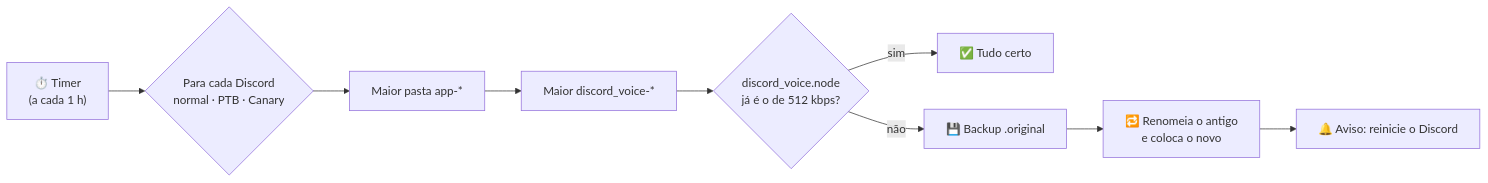
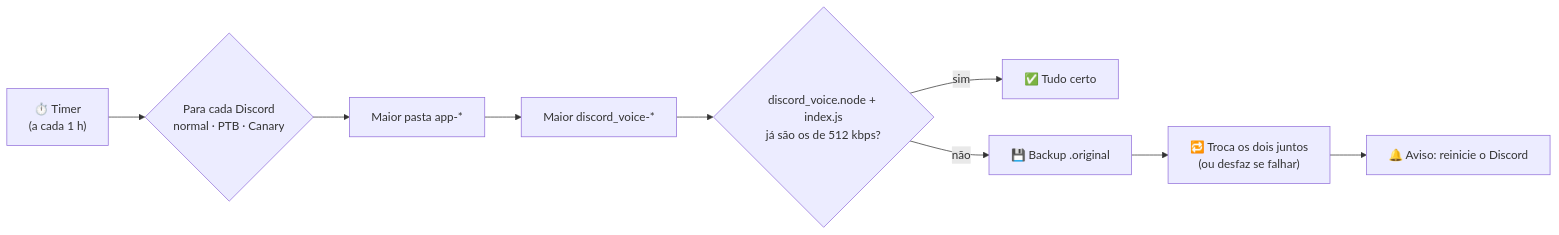
One commit to Dimasaas/DiscordNodeStereo changed the diagram in README.md. Above: the diagram before and after it, drawn with Mermaid. The commit also changed other lines of this file and 12 other files, not shown here.

First line of the commit message:
v1.1.0: instala o patch completo (.node + index.js) e adiciona o Desfazer

````diff
--- a/README.md
+++ b/README.md
@@ -87,11 +87,11 @@
 ```mermaid
 flowchart LR
     A["⏱️ Timer<br/>(a cada 1 h)"] --> B{"Para cada Discord<br/>normal · PTB · Canary"}
     B --> C["Maior pasta app-*"]
     C --> D["Maior discord_voice-*"]
-    D --> E{"discord_voice.node<br/>já é o de 512 kbps?"}
+    D --> E{"discord_voice.node + index.js<br/>já são os de 512 kbps?"}
     E -- sim --> F["✅ Tudo certo"]
     E -- não --> G["💾 Backup .original"]
-    G --> H["🔁 Renomeia o antigo<br/>e coloca o novo"]
+    G --> H["🔁 Troca os dois juntos<br/>(ou desfaz se falhar)"]
     H --> I["🔔 Aviso: reinicie o Discord"]
 ```
````
